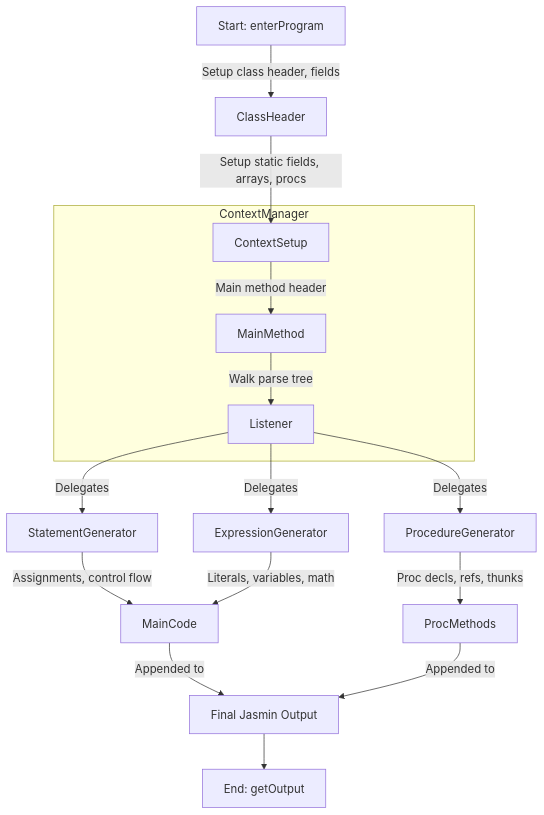
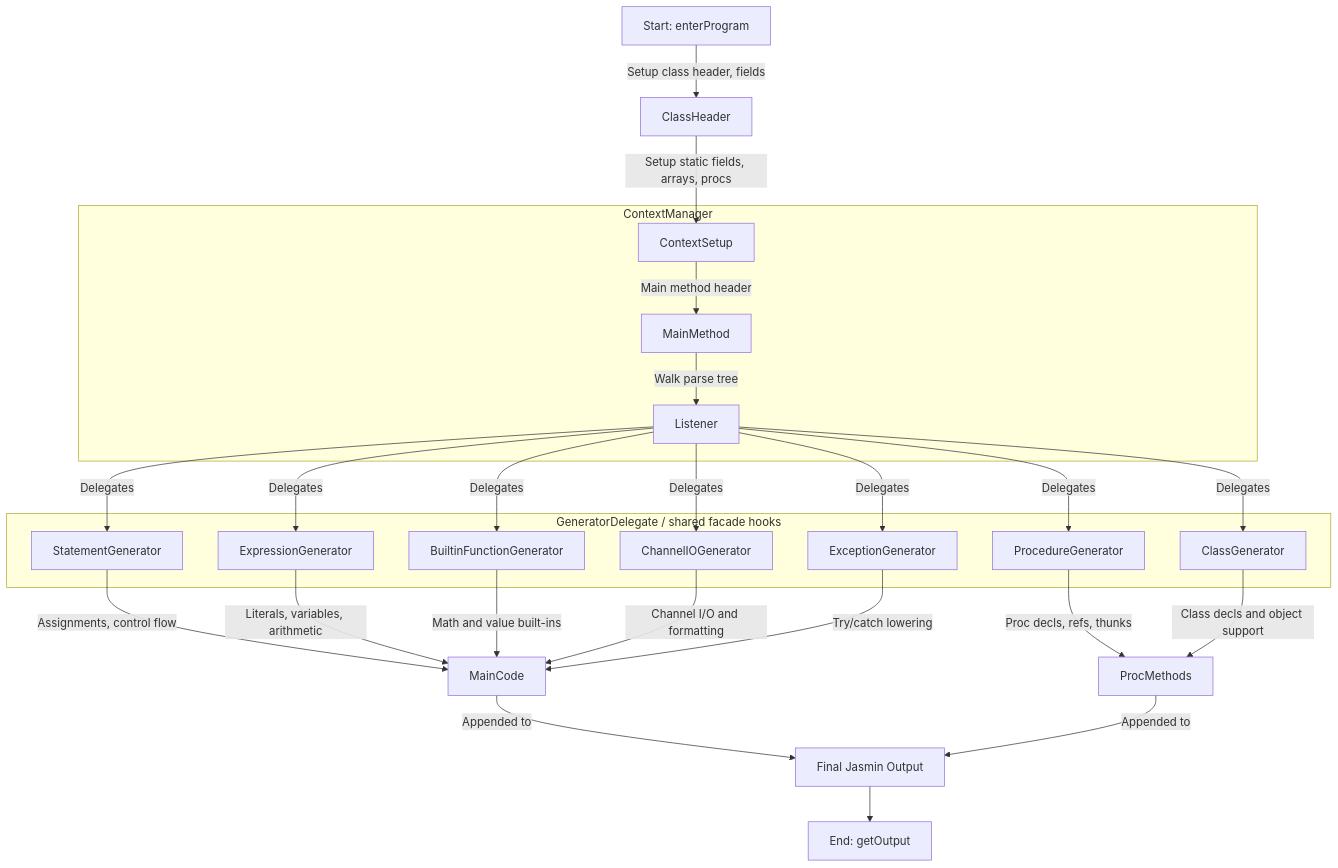
One commit to gnbonney/Perseus changed the third of 3 diagrams in docs/Architecture.md. Above: the diagram before and after it, drawn with Mermaid. The commit also changed other lines of this file and 16 other files, not shown here.

````diff
--- a/docs/Architecture.md
+++ b/docs/Architecture.md
@@ -278,22 +287,39 @@
 ```mermaid
 flowchart TD
    Start[Start: enterProgram]
    Start -->|Setup class header, fields| ClassHeader
    ClassHeader -->|Setup static fields, arrays, procs| ContextSetup
    ContextSetup -->|Main method header| MainMethod
    MainMethod -->|Walk parse tree| Listener
    Listener -->|Delegates| StatementGen[StatementGenerator]
    Listener -->|Delegates| ExprGen[ExpressionGenerator]
+   Listener -->|Delegates| BuiltinGen[BuiltinFunctionGenerator]
+   Listener -->|Delegates| ChannelGen[ChannelIOGenerator]
+   Listener -->|Delegates| ExceptionGen[ExceptionGenerator]
    Listener -->|Delegates| ProcGen[ProcedureGenerator]
+   Listener -->|Delegates| ClassGen[ClassGenerator]
    StatementGen -->|Assignments, control flow| MainCode
-   ExprGen -->|Literals, variables, math| MainCode
+   ExprGen -->|Literals, variables, arithmetic| MainCode
+   BuiltinGen -->|Math and value built-ins| MainCode
+   ChannelGen -->|Channel I/O and formatting| MainCode
+   ExceptionGen -->|Try/catch lowering| MainCode
    ProcGen -->|Proc decls, refs, thunks| ProcMethods
+   ClassGen -->|Class decls and object support| ProcMethods
    MainCode -->|Appended to| Output[Final Jasmin Output]
    ProcMethods -->|Appended to| Output
    Output --> End[End: getOutput]
    subgraph ContextManager
       ContextSetup
       MainMethod
       Listener
    end
+   subgraph SharedDelegateLayer[GeneratorDelegate / shared facade hooks]
+      BuiltinGen
+      ChannelGen
+      ExceptionGen
+      ClassGen
+      ProcGen
+      ExprGen
+      StatementGen
+   end
 ```
````
